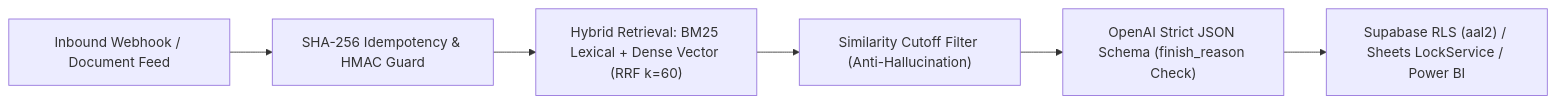
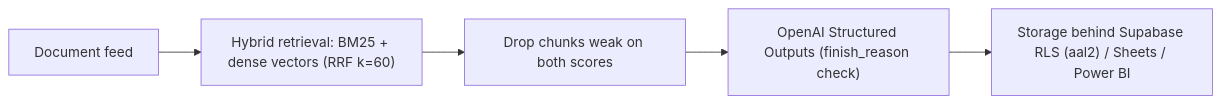
Before and after one commit to Tthanh2k6/ai-automation-and-rag-toolkit: the diagram in README.md, drawn with Mermaid. The commit also changed other lines of this file and 8 other files, not shown here.

````diff
--- a/README.md
+++ b/README.md
@@ -53,8 +64,7 @@
 ```mermaid
 flowchart LR
-    A["Inbound Webhook / Document Feed"] --> B["SHA-256 Idempotency & HMAC Guard"]
-    B --> C["Hybrid Retrieval: BM25 Lexical + Dense Vector (RRF k=60)"]
-    C --> D["Similarity Cutoff Filter (Anti-Hallucination)"]
-    D --> E["OpenAI Strict JSON Schema (finish_reason Check)"]
-    E --> F["Supabase RLS (aal2) / Sheets LockService / Power BI"]
+    A["Document feed"] --> C["Hybrid retrieval: BM25 + dense vectors (RRF k=60)"]
+    C --> D["Drop chunks weak on both scores"]
+    D --> E["OpenAI Structured Outputs (finish_reason check)"]
+    E --> F["Storage behind Supabase RLS (aal2) / Sheets / Power BI"]
 ```
````
